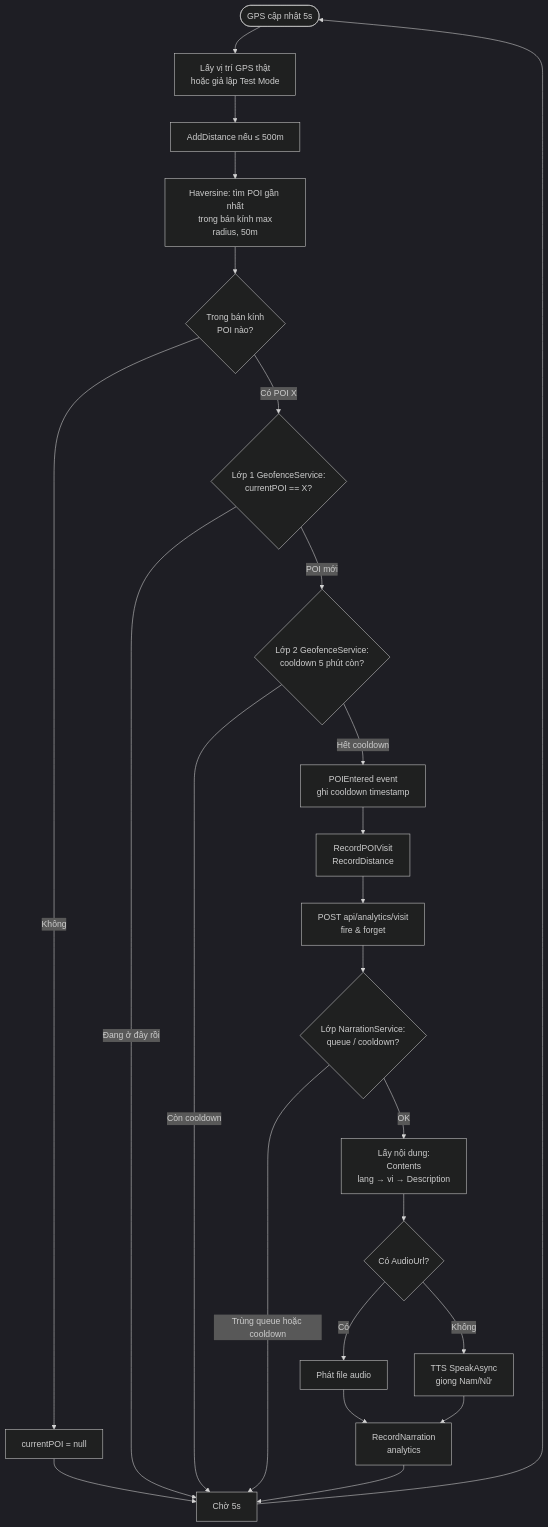
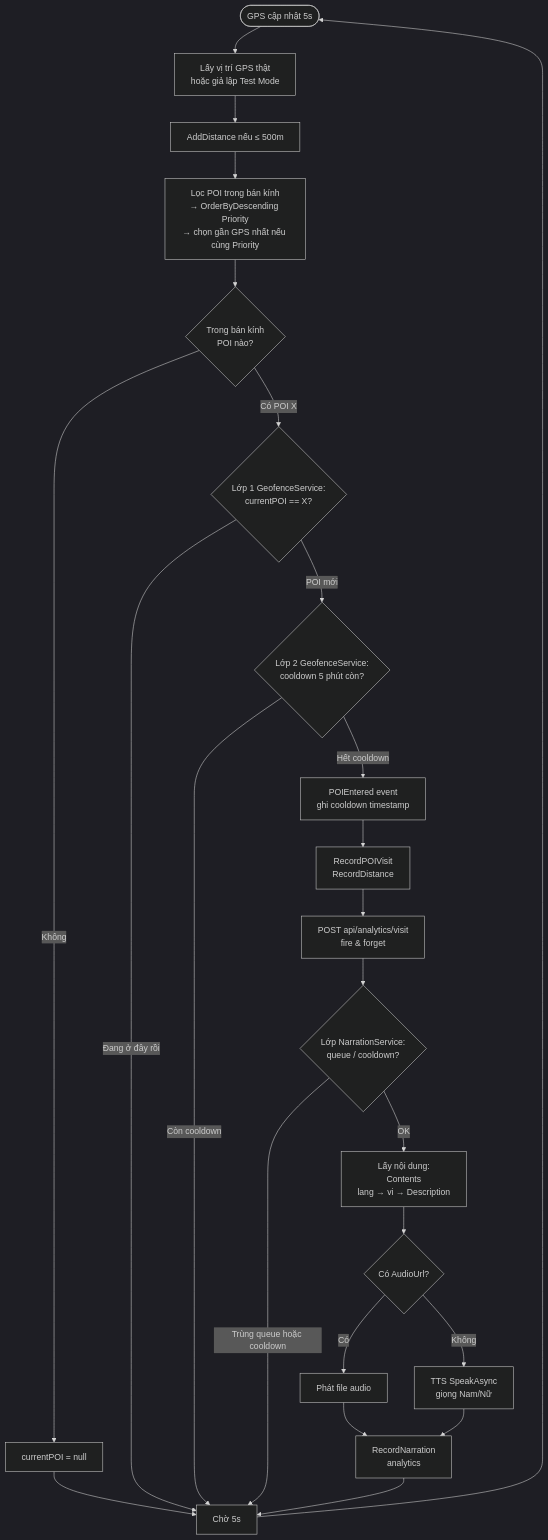
One commit to KhanhChung2k5/k_tour changed diagram 31 of 44 in docs/PRODUCT_REQUIREMENTS.md. Above: the diagram before and after it, drawn with Mermaid (dark theme). The commit also changed other lines of this file, not shown here.

````diff
--- a/docs/PRODUCT_REQUIREMENTS.md
+++ b/docs/PRODUCT_REQUIREMENTS.md
@@ -1211,26 +1514,26 @@
 ```mermaid
 flowchart TD
     Start([GPS cập nhật 5s]) --> GetLoc[Lấy vị trí GPS thật\nhoặc giả lập Test Mode]
     GetLoc --> AddDist[AddDistance nếu ≤ 500m]
-    AddDist --> FindPOI[Haversine: tìm POI gần nhất\ntrong bán kính max\nradius, 50m]
+    AddDist --> FindPOI[Lọc POI trong bán kính\n→ OrderByDescending Priority\n→ chọn gần GPS nhất nếu cùng Priority]
     FindPOI --> InRadius{Trong bán kính\nPOI nào?}
     InRadius -->|Không| ResetCurrent[currentPOI = null]
     ResetCurrent --> Wait[Chờ 5s]
     Wait --> Start
     InRadius -->|Có POI X| Layer1{Lớp 1 GeofenceService:\ncurrentPOI == X?}
     Layer1 -->|Đang ở đây rồi| Wait
     Layer1 -->|POI mới| Layer2{Lớp 2 GeofenceService:\ncooldown 5 phút còn?}
     Layer2 -->|Còn cooldown| Wait
     Layer2 -->|Hết cooldown| FireEvent[POIEntered event\nghi cooldown timestamp]
     FireEvent --> RecordVisit[RecordPOIVisit\nRecordDistance]
     RecordVisit --> LogAPI[POST api/analytics/visit\nfire & forget]
     LogAPI --> Layer3{Lớp NarrationService:\nqueue / cooldown?}
     Layer3 -->|Trùng queue hoặc cooldown| Wait
     Layer3 -->|OK| GetContent[Lấy nội dung:\nContents\nlang → vi → Description]
     GetContent --> HasAudio{Có AudioUrl?}
     HasAudio -->|Có| PlayAudio[Phát file audio]
     HasAudio -->|Không| TTS[TTS SpeakAsync\ngiọng Nam/Nữ]
     PlayAudio --> RecordNarr[RecordNarration\nanalytics]
     TTS --> RecordNarr
     RecordNarr --> Wait
 ```
````
